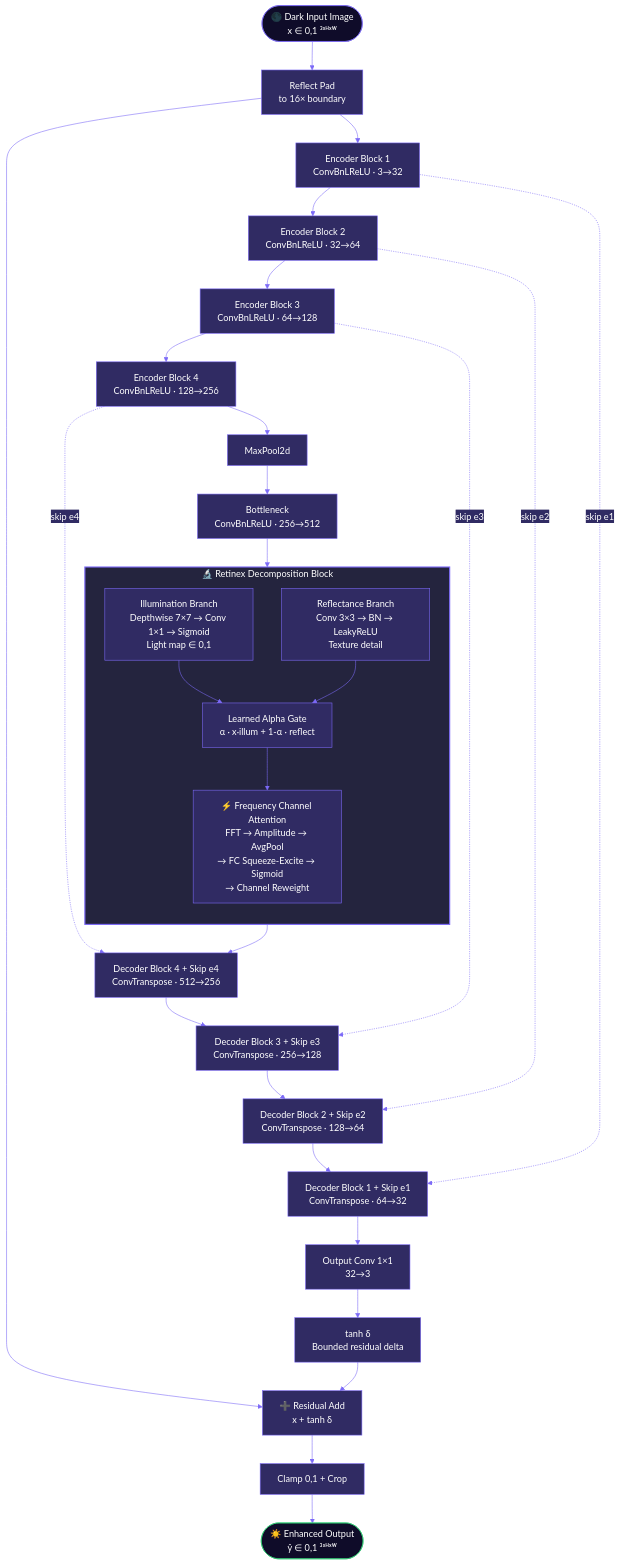
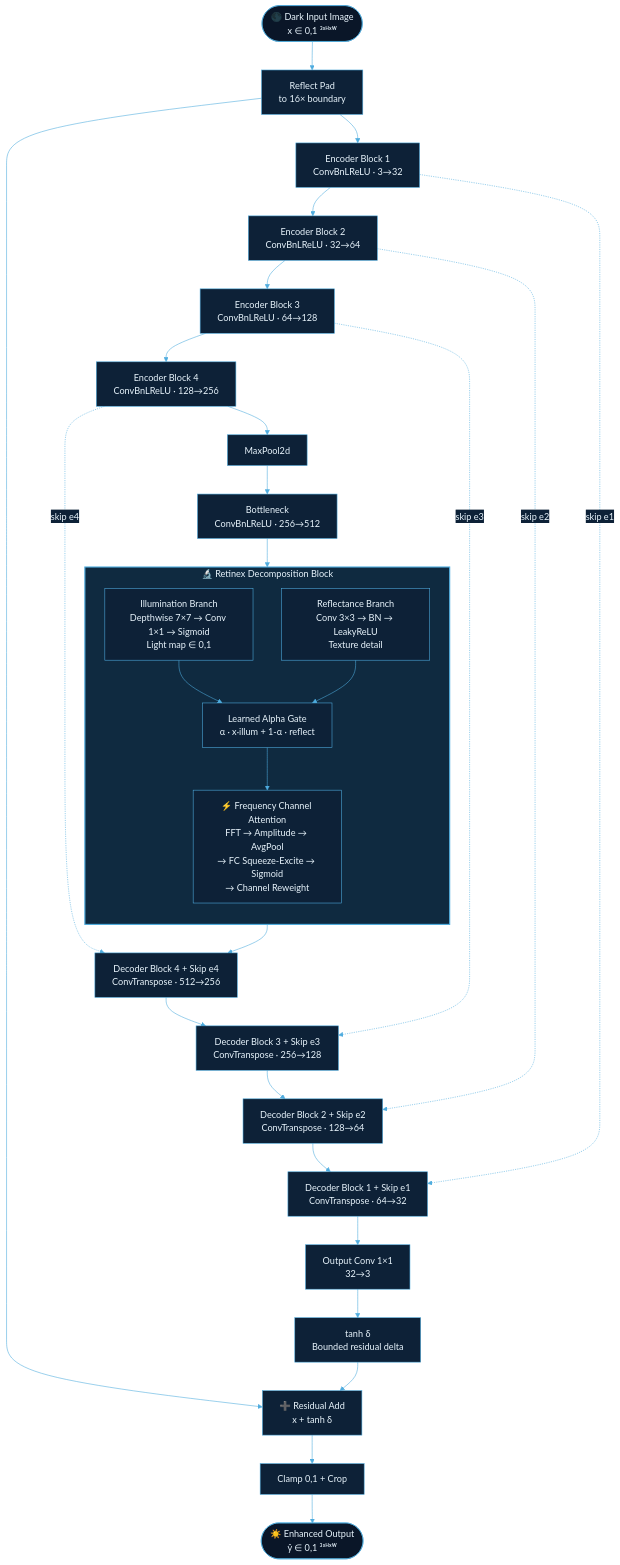
The first of 3 diagrams in README.md (DARusrus/H), drawn with Mermaid before and after one commit. The commit also changed other lines of this file, not shown here.

````diff
--- a/README.md
+++ b/README.md
@@ -71,58 +71,58 @@
 ```mermaid
 %%{init: {'theme': 'base', 'themeVariables': {
-  'primaryColor': '#302b63',
-  'primaryTextColor': '#ffffff',
-  'primaryBorderColor': '#7C6AF7',
-  'lineColor': '#7C6AF7',
-  'secondaryColor': '#0f0c29',
-  'tertiaryColor': '#24243e',
-  'edgeLabelBackground': '#302b63',
-  'clusterBkg': '#24243e',
-  'titleColor': '#ffffff'
+  'primaryColor': '#0d2137',
+  'primaryTextColor': '#e8f4fc',
+  'primaryBorderColor': '#4facde',
+  'lineColor': '#4facde',
+  'secondaryColor': '#0a1628',
+  'tertiaryColor': '#0f2a40',
+  'edgeLabelBackground': '#0d2137',
+  'clusterBkg': '#0f2a40',
+  'titleColor': '#e8f4fc'
 }}}%%
 flowchart TD
     INPUT([🌑 Dark Input Image\nx ∈ 0,1 ³ˣᴴˣᵂ]) --> PAD[Reflect Pad\nto 16× boundary]
 
     PAD --> ENC1[Encoder Block 1\nConvBnLReLU · 3→32]
     ENC1 --> ENC2[Encoder Block 2\nConvBnLReLU · 32→64]
     ENC2 --> ENC3[Encoder Block 3\nConvBnLReLU · 64→128]
     ENC3 --> ENC4[Encoder Block 4\nConvBnLReLU · 128→256]
     ENC4 --> POOL[MaxPool2d]
 
     POOL --> BN[Bottleneck\nConvBnLReLU · 256→512]
 
     BN --> RETINEX
 
     subgraph RETINEX [🔬 Retinex Decomposition Block]
         direction TB
         R1[Illumination Branch\nDepthwise 7×7 → Conv 1×1 → Sigmoid\nLight map ∈ 0,1] 
         R2[Reflectance Branch\nConv 3×3 → BN → LeakyReLU\nTexture detail]
         R3[Learned Alpha Gate\nα · x·illum + 1-α · reflect]
         FREQ[⚡ Frequency Channel Attention\nFFT → Amplitude → AvgPool\n→ FC Squeeze-Excite → Sigmoid\n→ Channel Reweight]
         R1 --> R3
         R2 --> R3
         R3 --> FREQ
     end
 
     FREQ --> DEC4[Decoder Block 4 + Skip e4\nConvTranspose · 512→256]
     DEC4 --> DEC3[Decoder Block 3 + Skip e3\nConvTranspose · 256→128]
     DEC3 --> DEC2[Decoder Block 2 + Skip e2\nConvTranspose · 128→64]
     DEC2 --> DEC1[Decoder Block 1 + Skip e1\nConvTranspose · 64→32]
 
     DEC1 --> OUTCONV[Output Conv 1×1\n32→3]
     OUTCONV --> TANH[tanh δ\nBounded residual delta]
     PAD --> ADD[➕ Residual Add\nx + tanh δ]
     TANH --> ADD
     ADD --> CLAMP[Clamp 0,1 + Crop]
     CLAMP --> OUTPUT([☀️ Enhanced Output\nŷ ∈ 0,1 ³ˣᴴˣᵂ])
 
     ENC1 -.->|skip e1| DEC1
     ENC2 -.->|skip e2| DEC2
     ENC3 -.->|skip e3| DEC3
     ENC4 -.->|skip e4| DEC4
 
-    style RETINEX fill:#24243e,stroke:#7C6AF7,stroke-width:2px
-    style INPUT fill:#0f0c29,stroke:#7C6AF7,color:#fff
-    style OUTPUT fill:#0f0c29,stroke:#2ecc71,color:#fff
-    style FREQ fill:#302b63,stroke:#7C6AF7,color:#fff
+    style RETINEX fill:#0f2a40,stroke:#4facde,stroke-width:2px
+    style INPUT fill:#0a1628,stroke:#4facde,color:#e8f4fc
+    style OUTPUT fill:#0a1628,stroke:#4facde,color:#e8f4fc
+    style FREQ fill:#0d2137,stroke:#4facde,color:#e8f4fc
 ```
````
